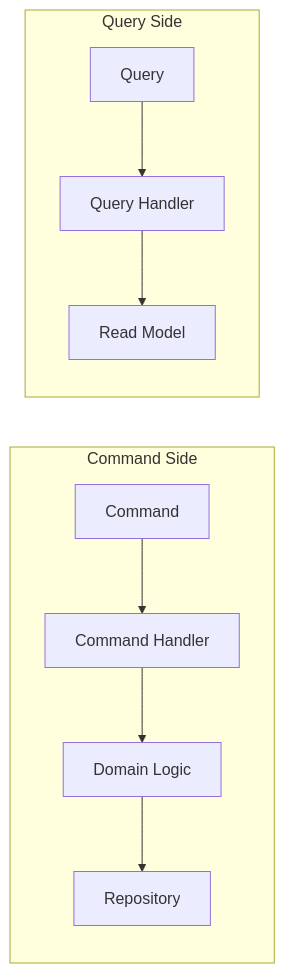
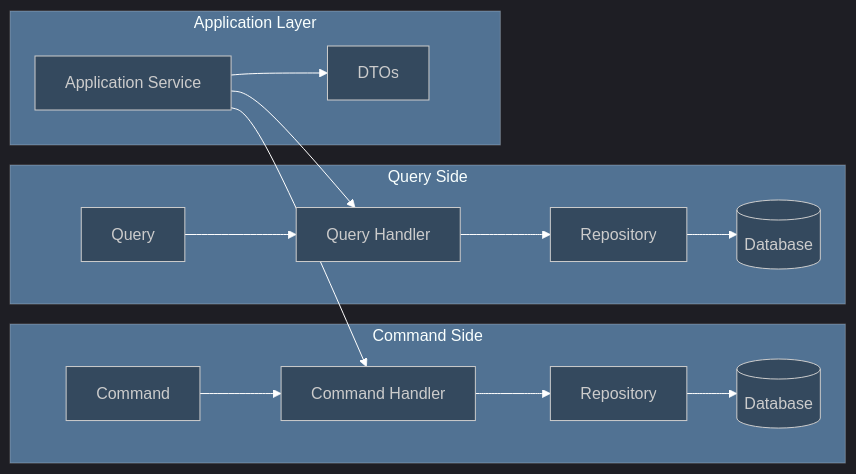
Before and after one commit to ozturkeniss/ddd-micro: the fourth of 11 diagrams in README.md, drawn with Mermaid. The commit also changed other lines of this file, not shown here.

First line of the commit message:
Enhance README with comprehensive architecture overview and service communication flow

````diff
--- a/README.md
+++ b/README.md
@@ -117,22 +140,34 @@
 ```mermaid
+%%{init: {'theme':'dark', 'themeVariables': { 'primaryColor': '#ff6b6b', 'primaryTextColor': '#ffffff', 'primaryBorderColor': '#ff6b6b', 'lineColor': '#ffffff', 'secondaryColor': '#4ecdc4', 'tertiaryColor': '#45b7d1', 'background': '#2c3e50', 'mainBkg': '#34495e', 'secondBkg': '#2c3e50', 'tertiaryBkg': '#34495e'}}}%%
 graph LR
     subgraph "Command Side"
         CMD[Command]
         CMD_HANDLER[Command Handler]
-        DOMAIN[Domain Logic]
-        REPO[Repository]
+        CMD_REPO[Repository]
+        CMD_DB[(Database)]
     end
     
     subgraph "Query Side"
         QUERY[Query]
         QUERY_HANDLER[Query Handler]
-        READ_MODEL[Read Model]
+        QUERY_REPO[Repository]
+        QUERY_DB[(Database)]
+    end
+    
+    subgraph "Application Layer"
+        APP_SERVICE[Application Service]
+        DTO[DTOs]
     end
     
     CMD --> CMD_HANDLER
-    CMD_HANDLER --> DOMAIN
-    DOMAIN --> REPO
+    CMD_HANDLER --> CMD_REPO
+    CMD_REPO --> CMD_DB
     
     QUERY --> QUERY_HANDLER
-    QUERY_HANDLER --> READ_MODEL
+    QUERY_HANDLER --> QUERY_REPO
+    QUERY_REPO --> QUERY_DB
+    
+    APP_SERVICE --> CMD_HANDLER
+    APP_SERVICE --> QUERY_HANDLER
+    APP_SERVICE --> DTO
 ```
````
